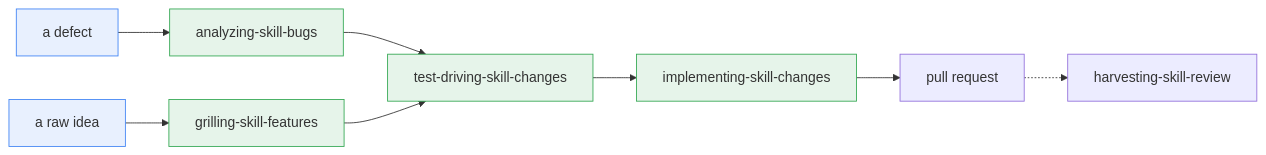
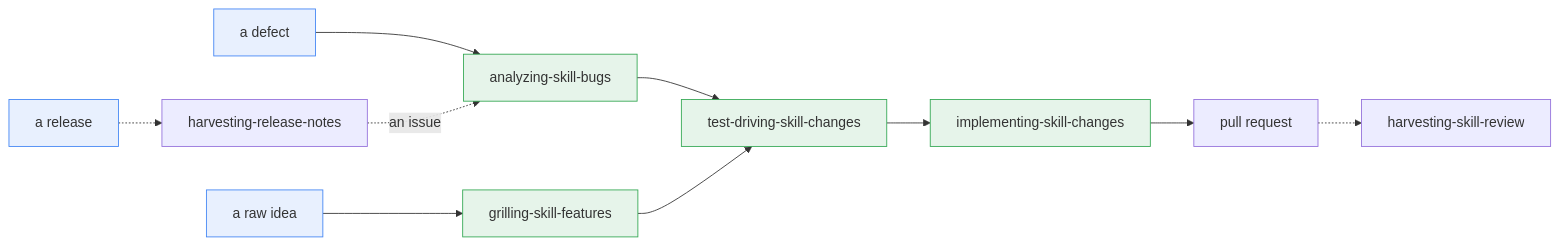
The first of 2 diagrams in docs/docs/contributing/skill-change-pipeline.mdx (opsmill/infrahub-skills), drawn with Mermaid before and after one commit. The commit also changed other lines of this file, not shown here.

First line of the commit message:
docs(contributing): document harvesting-release-notes on the pipeline page

````diff
--- a/docs/docs/contributing/skill-change-pipeline.mdx
+++ b/docs/docs/contributing/skill-change-pipeline.mdx
@@ -10,15 +10,17 @@
 ```mermaid
 flowchart LR
   bug["a defect"] --> analyze["analyzing-skill-bugs"]
   idea["a raw idea"] --> grill["grilling-skill-features"]
   analyze --> test["test-driving-skill-changes"]
   grill --> test
   test --> implement["implementing-skill-changes"]
   implement --> pr["pull request"]
   pr -.-> harvest["harvesting-skill-review"]
+  release["a release"] -.-> relnotes["harvesting-release-notes"]
+  relnotes -.->|"an issue"| analyze
 
   classDef entrance fill:#e8f0fe,stroke:#4285f4
   classDef stage fill:#e6f4ea,stroke:#34a853
-  class bug,idea entrance
+  class bug,idea,release entrance
   class analyze,grill,test,implement stage
 ```
````
